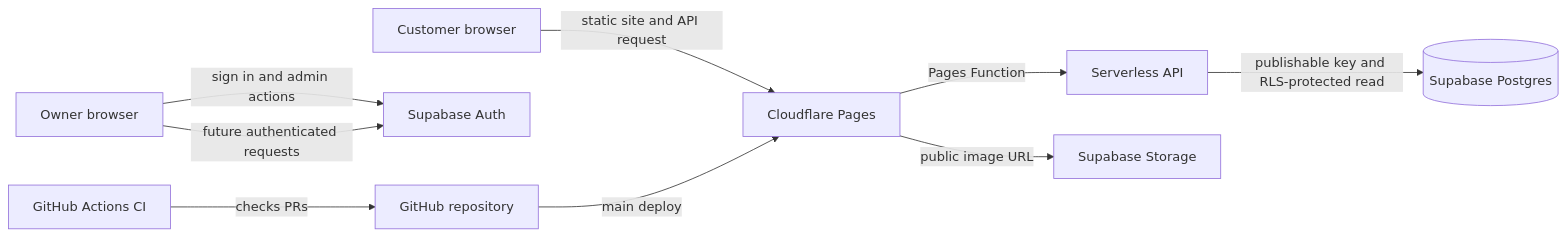
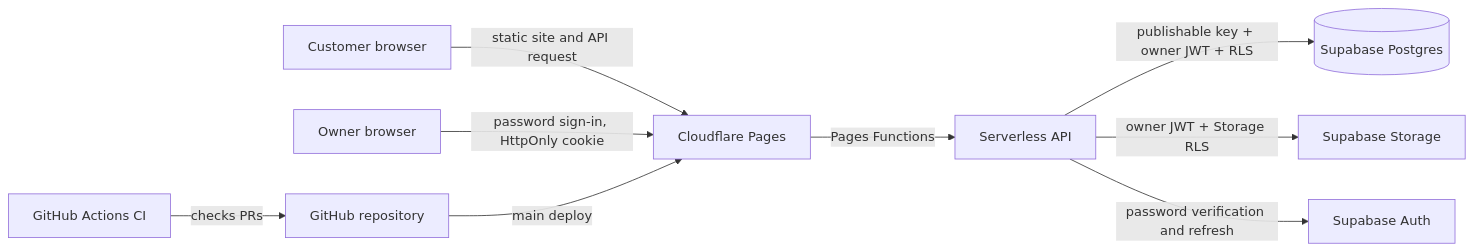
The diagram in docs/architecture.md (creeky240/Cottage44-menu), drawn with Mermaid before and after one commit. The commit also changed other lines of this file and 18 other files, not shown here.

````diff
--- a/docs/architecture.md
+++ b/docs/architecture.md
@@ -21,11 +22,11 @@
 ```mermaid
 flowchart LR
   customer[Customer browser] -->|static site and API request| pages[Cloudflare Pages]
-  pages -->|Pages Function| api[Serverless API]
-  api -->|publishable key and RLS-protected read| db[(Supabase Postgres)]
-  pages -->|public image URL| storage[Supabase Storage]
-  owner[Owner browser] -->|sign in and admin actions| auth[Supabase Auth]
-  owner -->|future authenticated requests| auth
+  pages -->|Pages Functions| api[Serverless API]
+  api -->|publishable key + owner JWT + RLS| db[(Supabase Postgres)]
+  api -->|owner JWT + Storage RLS| storage[Supabase Storage]
+  owner[Owner browser] -->|password sign-in, HttpOnly cookie| pages
+  api -->|password verification and refresh| auth[Supabase Auth]
   github[GitHub Actions CI] -->|checks PRs| repo[GitHub repository]
   repo -->|main deploy| pages
 ```
````
